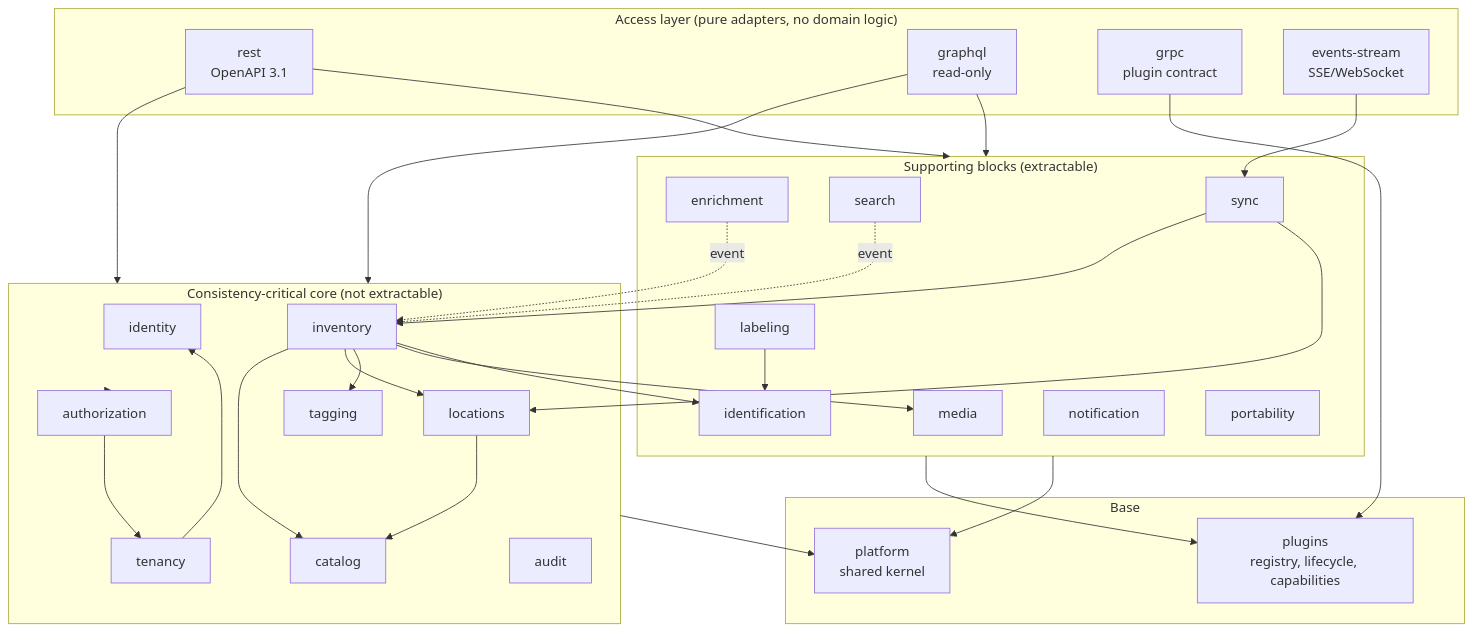
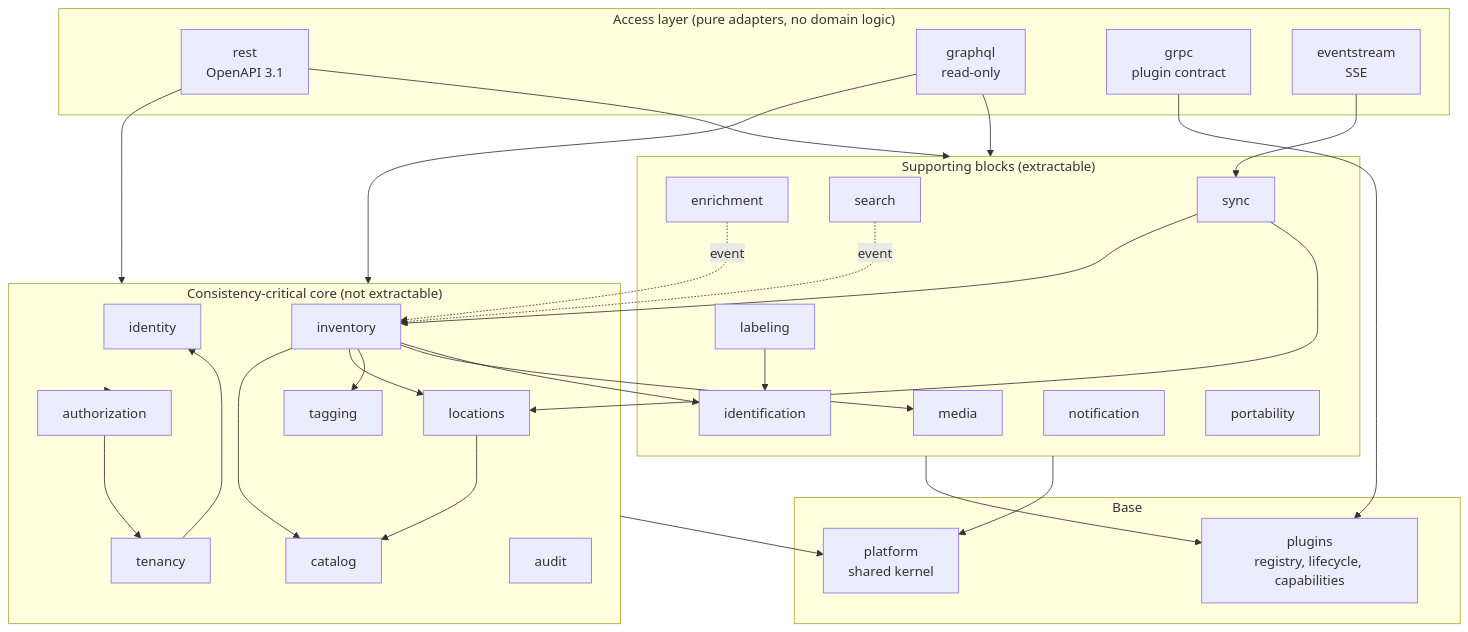
Before and after one commit to greluc/Home-Inventory: the second of 2 diagrams in docs/architecture/04-building-blocks.md, drawn with Mermaid. The commit also changed other lines of this file and 22 other files, not shown here.

````diff
--- a/docs/architecture/04-building-blocks.md
+++ b/docs/architecture/04-building-blocks.md
@@ -72,61 +72,61 @@
 ```mermaid
 graph TB
     subgraph Access["Access layer (pure adapters, no domain logic)"]
         REST["rest<br/>OpenAPI 3.1"]
         GQL["graphql<br/>read-only"]
         GRPC["grpc<br/>plugin contract"]
-        SSE["events-stream<br/>SSE/WebSocket"]
+        SSE["eventstream<br/>SSE"]
     end
 
     subgraph Core["Consistency-critical core (not extractable)"]
         IDN["identity"]
         TEN["tenancy"]
         AUZ["authorization"]
         CAT["catalog"]
         INV["inventory"]
         LOC["locations"]
         TAG["tagging"]
         AUD["audit"]
     end
 
     subgraph Supp["Supporting blocks (extractable)"]
         MED["media"]
         IDF["identification"]
         LBL["labeling"]
         ENR["enrichment"]
         SRC["search"]
         SYN["sync"]
         NOT["notification"]
         IMP["portability"]
     end
 
     subgraph Base["Base"]
         PLR["plugins<br/>registry, lifecycle, capabilities"]
         PLT["platform<br/>shared kernel"]
     end
 
     REST --> Core
     REST --> Supp
     GQL --> Core
     GQL --> Supp
     GRPC --> PLR
     SSE --> SYN
 
     INV --> CAT
     INV --> LOC
     INV --> TAG
     INV --> MED
     INV --> IDF
     LOC --> CAT
     LBL --> IDF
     ENR -.->|event| INV
     SRC -.->|event| INV
     SYN --> INV
     SYN --> LOC
     Core --> AUZ
     AUZ --> TEN
     TEN --> IDN
     Supp --> PLR
     Core --> PLT
     Supp --> PLT
 ```
````
